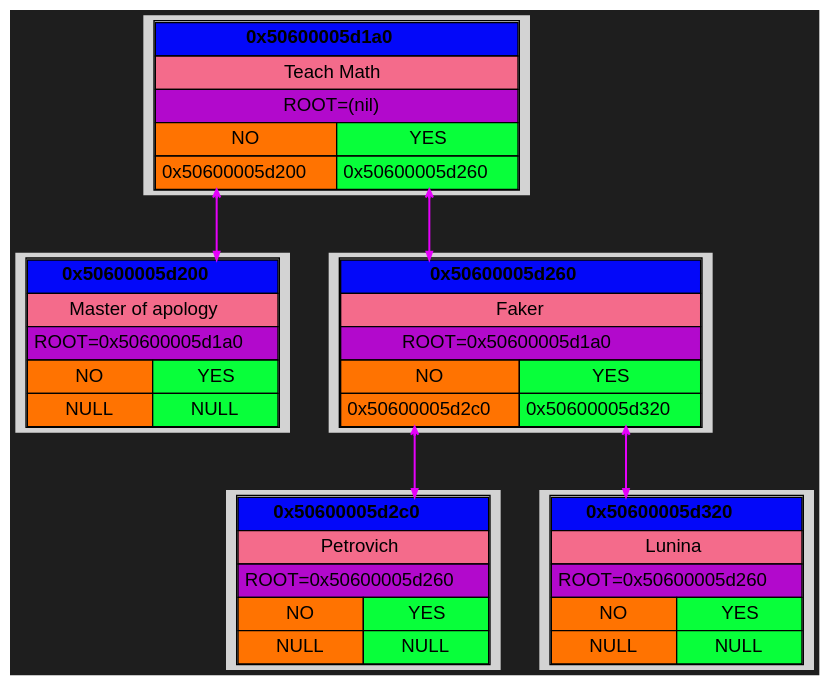
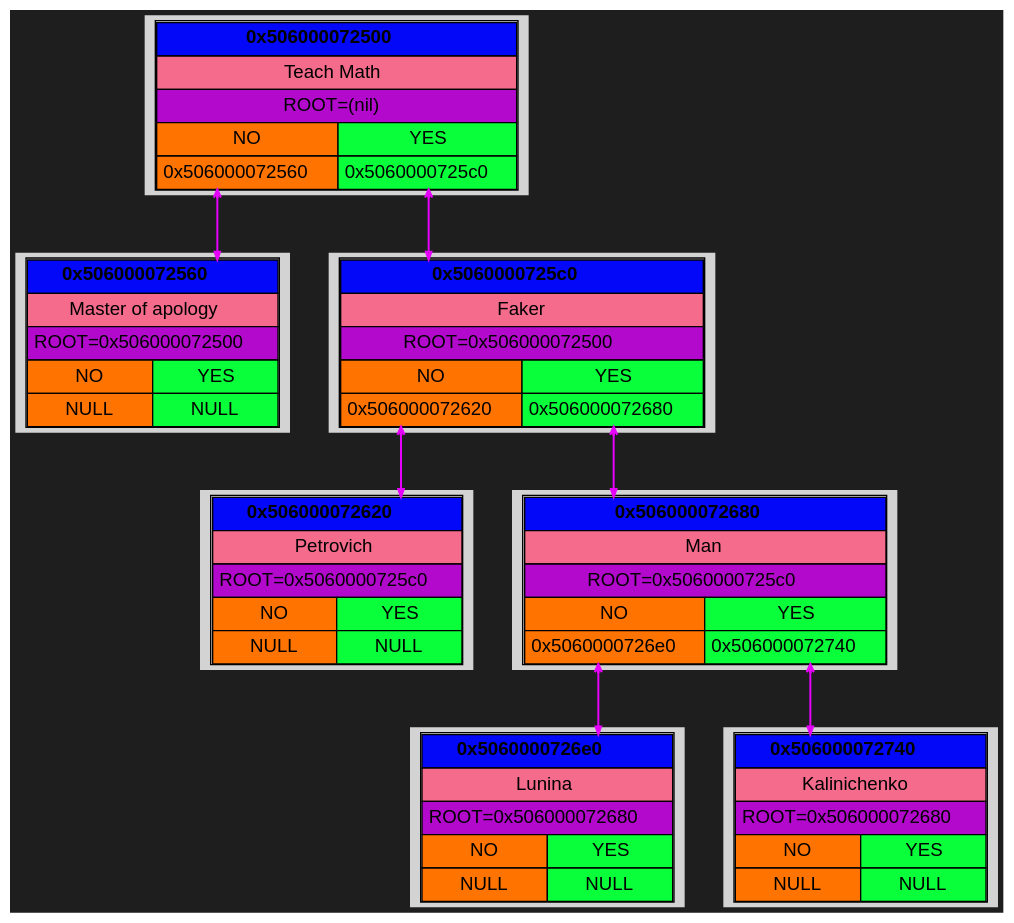
Before and after one commit to Kabuto-Mainer/Akinator: the diagram in DUMPS/DUMP_1/graph.dot, drawn with Graphviz. The commit also changed 114 other files, not shown here.

```diff
--- a/DUMPS/DUMP_1/graph.dot
+++ b/DUMPS/DUMP_1/graph.dot
@@ -1,75 +1,101 @@
 digraph {
   rankdir=UD;
   bgcolor="#1e1e1e"
   splines=ortho;
   nodesep=0.4;
   ranksep=0.6;
   node [shape=plaintext, style=filled, fontname="Helvetica"];
   edge [arrowhead=vee, arrowsize=0.6, penwidth=1.2];
 
-block_0x50600005d200 [label=<
+block_0x506000072560 [label=<
 <TABLE CELLSPACING="0" CELLPADDING="4">
-<TR><TD PORT="root" BGCOLOR="#0308f9ff" COLSPAN="2"><B>0x50600005d200</B></TD></TR>
+<TR><TD PORT="root" BGCOLOR="#0308f9ff" COLSPAN="2"><B>0x506000072560</B></TD></TR>
 <TR><TD BGCOLOR="#f46b8bff" COLSPAN="2">Master of apology</TD></TR>
-<TR><TD BGCOLOR="#b209ccff" COLSPAN="2">ROOT=0x50600005d1a0</TD></TR>
+<TR><TD BGCOLOR="#b209ccff" COLSPAN="2">ROOT=0x506000072500</TD></TR>
 <TR><TD BGCOLOR="#ff7301ff">NO</TD><TD BGCOLOR="#08ff3aff">YES</TD></TR>
 <TR>
 <TD PORT="left" BGCOLOR="#ff7301ff">NULL</TD>
 <TD PORT="right" BGCOLOR="#08ff3aff">NULL</TD>
 </TR>
 </TABLE> >];
 
-block_0x50600005d2c0 [label=<
+block_0x506000072620 [label=<
 <TABLE CELLSPACING="0" CELLPADDING="4">
-<TR><TD PORT="root" BGCOLOR="#0308f9ff" COLSPAN="2"><B>0x50600005d2c0</B></TD></TR>
+<TR><TD PORT="root" BGCOLOR="#0308f9ff" COLSPAN="2"><B>0x506000072620</B></TD></TR>
 <TR><TD BGCOLOR="#f46b8bff" COLSPAN="2">Petrovich</TD></TR>
-<TR><TD BGCOLOR="#b209ccff" COLSPAN="2">ROOT=0x50600005d260</TD></TR>
+<TR><TD BGCOLOR="#b209ccff" COLSPAN="2">ROOT=0x5060000725c0</TD></TR>
 <TR><TD BGCOLOR="#ff7301ff">NO</TD><TD BGCOLOR="#08ff3aff">YES</TD></TR>
 <TR>
 <TD PORT="left" BGCOLOR="#ff7301ff">NULL</TD>
 <TD PORT="right" BGCOLOR="#08ff3aff">NULL</TD>
 </TR>
 </TABLE> >];
 
-block_0x50600005d320 [label=<
+block_0x5060000726e0 [label=<
 <TABLE CELLSPACING="0" CELLPADDING="4">
-<TR><TD PORT="root" BGCOLOR="#0308f9ff" COLSPAN="2"><B>0x50600005d320</B></TD></TR>
+<TR><TD PORT="root" BGCOLOR="#0308f9ff" COLSPAN="2"><B>0x5060000726e0</B></TD></TR>
 <TR><TD BGCOLOR="#f46b8bff" COLSPAN="2">Lunina</TD></TR>
-<TR><TD BGCOLOR="#b209ccff" COLSPAN="2">ROOT=0x50600005d260</TD></TR>
+<TR><TD BGCOLOR="#b209ccff" COLSPAN="2">ROOT=0x506000072680</TD></TR>
 <TR><TD BGCOLOR="#ff7301ff">NO</TD><TD BGCOLOR="#08ff3aff">YES</TD></TR>
 <TR>
 <TD PORT="left" BGCOLOR="#ff7301ff">NULL</TD>
 <TD PORT="right" BGCOLOR="#08ff3aff">NULL</TD>
 </TR>
 </TABLE> >];
 
-block_0x50600005d260 [label=<
+block_0x506000072740 [label=<
 <TABLE CELLSPACING="0" CELLPADDING="4">
-<TR><TD PORT="root" BGCOLOR="#0308f9ff" COLSPAN="2"><B>0x50600005d260</B></TD></TR>
-<TR><TD BGCOLOR="#f46b8bff" COLSPAN="2">Faker</TD></TR>
-<TR><TD BGCOLOR="#b209ccff" COLSPAN="2">ROOT=0x50600005d1a0</TD></TR>
+<TR><TD PORT="root" BGCOLOR="#0308f9ff" COLSPAN="2"><B>0x506000072740</B></TD></TR>
+<TR><TD BGCOLOR="#f46b8bff" COLSPAN="2">Kalinichenko</TD></TR>
+<TR><TD BGCOLOR="#b209ccff" COLSPAN="2">ROOT=0x506000072680</TD></TR>
 <TR><TD BGCOLOR="#ff7301ff">NO</TD><TD BGCOLOR="#08ff3aff">YES</TD></TR>
 <TR>
-<TD PORT="left" BGCOLOR="#ff7301ff">0x50600005d2c0</TD>
-<TD PORT="right" BGCOLOR="#08ff3aff">0x50600005d320</TD>
+<TD PORT="left" BGCOLOR="#ff7301ff">NULL</TD>
+<TD PORT="right" BGCOLOR="#08ff3aff">NULL</TD>
 </TR>
 </TABLE> >];
 
-block_0x50600005d1a0 [label=<
+block_0x506000072680 [label=<
 <TABLE CELLSPACING="0" CELLPADDING="4">
-<TR><TD PORT="root" BGCOLOR="#0308f9ff" COLSPAN="2"><B>0x50600005d1a0</B></TD></TR>
+<TR><TD PORT="root" BGCOLOR="#0308f9ff" COLSPAN="2"><B>0x506000072680</B></TD></TR>
+<TR><TD BGCOLOR="#f46b8bff" COLSPAN="2">Man</TD></TR>
+<TR><TD BGCOLOR="#b209ccff" COLSPAN="2">ROOT=0x5060000725c0</TD></TR>
+<TR><TD BGCOLOR="#ff7301ff">NO</TD><TD BGCOLOR="#08ff3aff">YES</TD></TR>
+<TR>
+<TD PORT="left" BGCOLOR="#ff7301ff">0x5060000726e0</TD>
+<TD PORT="right" BGCOLOR="#08ff3aff">0x506000072740</TD>
+</TR>
+</TABLE> >];
+
+block_0x5060000725c0 [label=<
+<TABLE CELLSPACING="0" CELLPADDING="4">
+<TR><TD PORT="root" BGCOLOR="#0308f9ff" COLSPAN="2"><B>0x5060000725c0</B></TD></TR>
+<TR><TD BGCOLOR="#f46b8bff" COLSPAN="2">Faker</TD></TR>
+<TR><TD BGCOLOR="#b209ccff" COLSPAN="2">ROOT=0x506000072500</TD></TR>
+<TR><TD BGCOLOR="#ff7301ff">NO</TD><TD BGCOLOR="#08ff3aff">YES</TD></TR>
+<TR>
+<TD PORT="left" BGCOLOR="#ff7301ff">0x506000072620</TD>
+<TD PORT="right" BGCOLOR="#08ff3aff">0x506000072680</TD>
+</TR>
+</TABLE> >];
+
+block_0x506000072500 [label=<
+<TABLE CELLSPACING="0" CELLPADDING="4">
+<TR><TD PORT="root" BGCOLOR="#0308f9ff" COLSPAN="2"><B>0x506000072500</B></TD></TR>
 <TR><TD BGCOLOR="#f46b8bff" COLSPAN="2">Teach Math</TD></TR>
 <TR><TD BGCOLOR="#b209ccff" COLSPAN="2">ROOT=(nil)</TD></TR>
 <TR><TD BGCOLOR="#ff7301ff">NO</TD><TD BGCOLOR="#08ff3aff">YES</TD></TR>
 <TR>
-<TD PORT="left" BGCOLOR="#ff7301ff">0x50600005d200</TD>
-<TD PORT="right" BGCOLOR="#08ff3aff">0x50600005d260</TD>
+<TD PORT="left" BGCOLOR="#ff7301ff">0x506000072560</TD>
+<TD PORT="right" BGCOLOR="#08ff3aff">0x5060000725c0</TD>
 </TR>
 </TABLE> >];
 
-block_0x50600005d260:right -> block_0x50600005d320:root [color="#e501faff", penwidth = 1.5, arrowsize = 0.6, constraint = true, dir = both];
-block_0x50600005d260:left -> block_0x50600005d2c0:root [color="#e501faff", penwidth = 1.5, arrowsize = 0.6, constraint = true, dir = both];
-block_0x50600005d1a0:right -> block_0x50600005d260:root [color="#e501faff", penwidth = 1.5, arrowsize = 0.6, constraint = true, dir = both];
-block_0x50600005d1a0:left -> block_0x50600005d200:root [color="#e501faff", penwidth = 1.5, arrowsize = 0.6, constraint = true, dir = both];
+block_0x506000072680:right -> block_0x506000072740:root [color="#e501faff", penwidth = 1.5, arrowsize = 0.6, constraint = true, dir = both];
+block_0x506000072680:left -> block_0x5060000726e0:root [color="#e501faff", penwidth = 1.5, arrowsize = 0.6, constraint = true, dir = both];
+block_0x5060000725c0:right -> block_0x506000072680:root [color="#e501faff", penwidth = 1.5, arrowsize = 0.6, constraint = true, dir = both];
+block_0x5060000725c0:left -> block_0x506000072620:root [color="#e501faff", penwidth = 1.5, arrowsize = 0.6, constraint = true, dir = both];
+block_0x506000072500:right -> block_0x5060000725c0:root [color="#e501faff", penwidth = 1.5, arrowsize = 0.6, constraint = true, dir = both];
+block_0x506000072500:left -> block_0x506000072560:root [color="#e501faff", penwidth = 1.5, arrowsize = 0.6, constraint = true, dir = both];
 
 }
```
